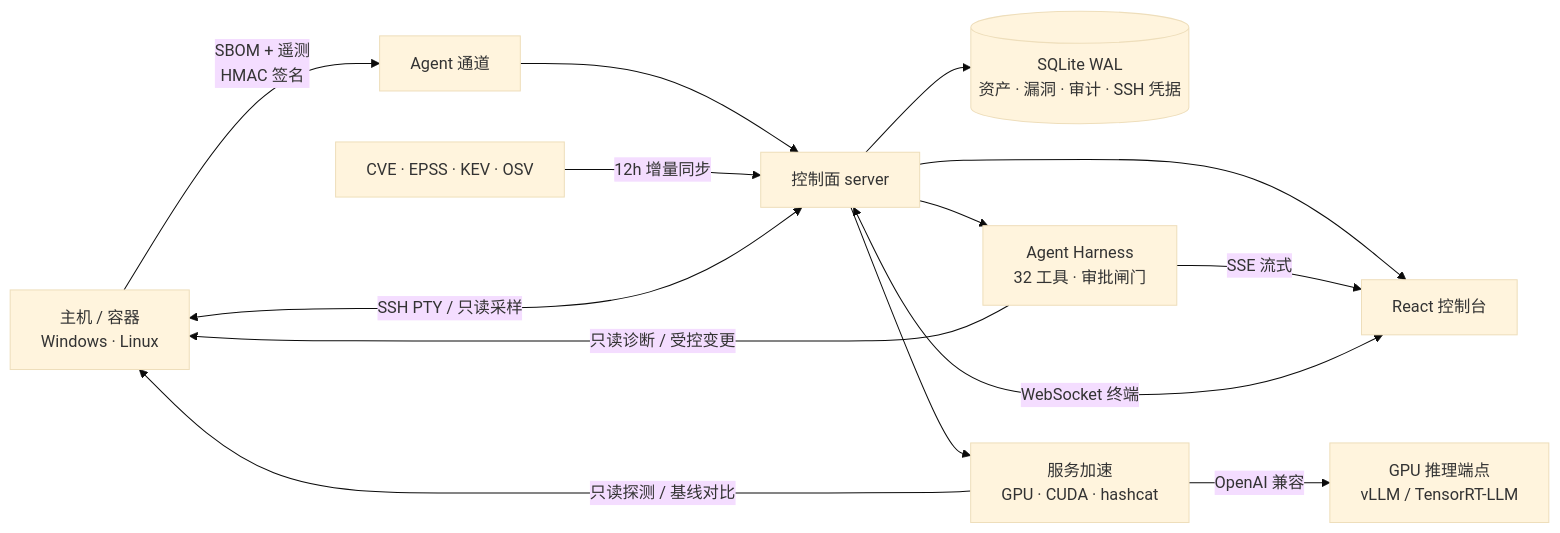
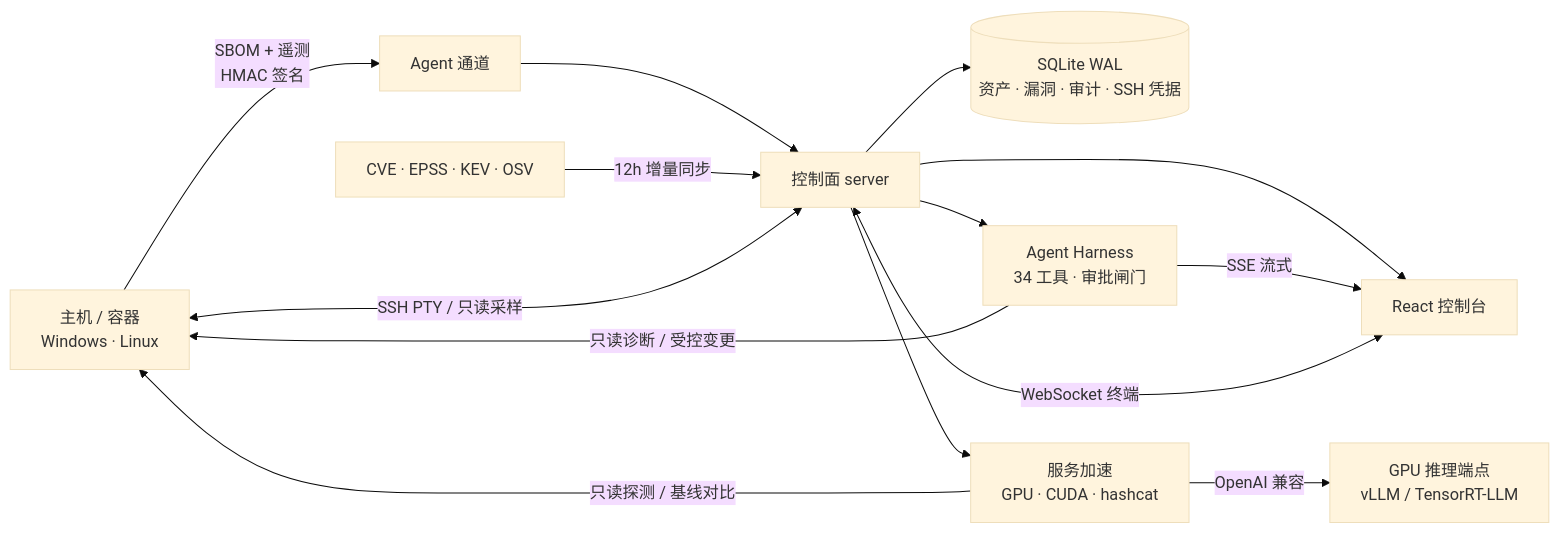
The diagram in README.md (NoraStory/vulnagent), drawn with Mermaid (base theme) before and after one commit. The commit also changed other lines of this file and 6 other files, not shown here.

````diff
--- a/README.md
+++ b/README.md
@@ -162,16 +163,16 @@
 ```mermaid
 flowchart LR
   H["主机 / 容器<br/>Windows · Linux"] -->|"SBOM + 遥测<br/>HMAC 签名"| A["Agent 通道"]
   A --> S["控制面 server"]
   I["CVE · EPSS · KEV · OSV"] -->|"12h 增量同步"| S
   S --> D[("SQLite WAL<br/>资产 · 漏洞 · 审计 · SSH 凭据")]
   S --> W["React 控制台"]
   W <-->|"WebSocket 终端"| S
   S <-->|"SSH PTY / 只读采样"| H
-  S --> G["Agent Harness<br/>32 工具 · 审批闸门"]
+  S --> G["Agent Harness<br/>34 工具 · 审批闸门"]
   G -->|"SSE 流式"| W
   G -->|"只读诊断 / 受控变更"| H
   S --> X["服务加速<br/>GPU · CUDA · hashcat"]
   X -->|"只读探测 / 基线对比"| H
   X -->|"OpenAI 兼容"| M["GPU 推理端点<br/>vLLM / TensorRT-LLM"]
 ```
````
